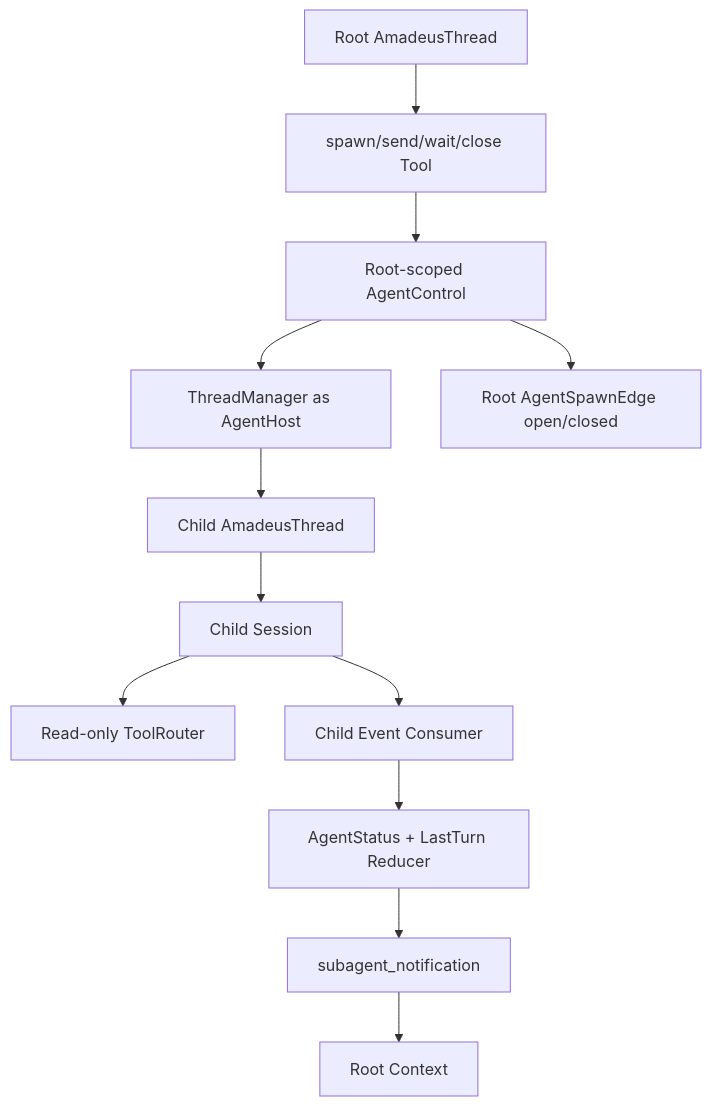
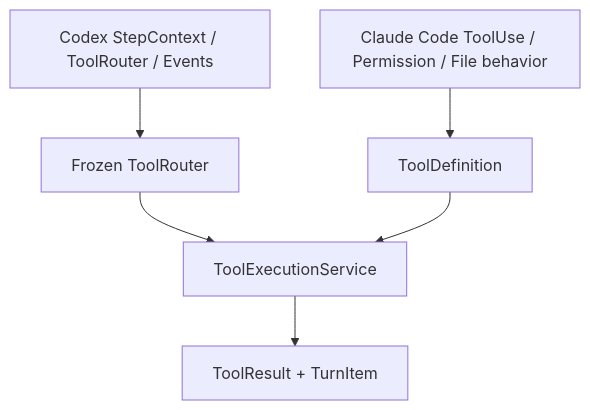
Before and after one commit to Godric-W/Amadeus: diagram 20 of 43 in docs/architecture-whitepaper.md, drawn with Mermaid. The commit also changed other lines of this file and 1 other file, not shown here.

````diff
--- a/docs/architecture-whitepaper.md
+++ b/docs/architecture-whitepaper.md
@@ -1056,27 +833,13 @@
 ```mermaid
 flowchart TB
-    Root[Root AmadeusThread]
-    Tools[spawn/send/wait/close Tool]
-    Control[Root-scoped AgentControl]
-    Host[ThreadManager as AgentHost]
-    Child[Child AmadeusThread]
-    ChildSession[Child Session]
-    ReadOnly[Read-only ToolRouter]
-    Events[Child Event Consumer]
-    Status[AgentStatus + LastTurn Reducer]
-    Edge[Root AgentSpawnEdge open/closed]
-    Notify[subagent_notification]
-    ParentContext[Root Context]
+    Codex[Codex StepContext / ToolRouter / Events]
+    Claude[Claude Code ToolUse / Permission / File behavior]
+    Router[Frozen ToolRouter]
+    Service[ToolExecutionService]
+    Definition[ToolDefinition]
+    Result[ToolResult + TurnItem]
 
-    Root --> Tools
-    Tools --> Control
-    Control --> Edge
-    Control --> Host
-    Host --> Child
-    Child --> ChildSession
-    ChildSession --> ReadOnly
-    ChildSession --> Events
-    Events --> Status
-    Status --> Notify
-    Notify --> ParentContext
+    Codex --> Router --> Service
+    Claude --> Definition --> Service
+    Service --> Result
 ```
````
